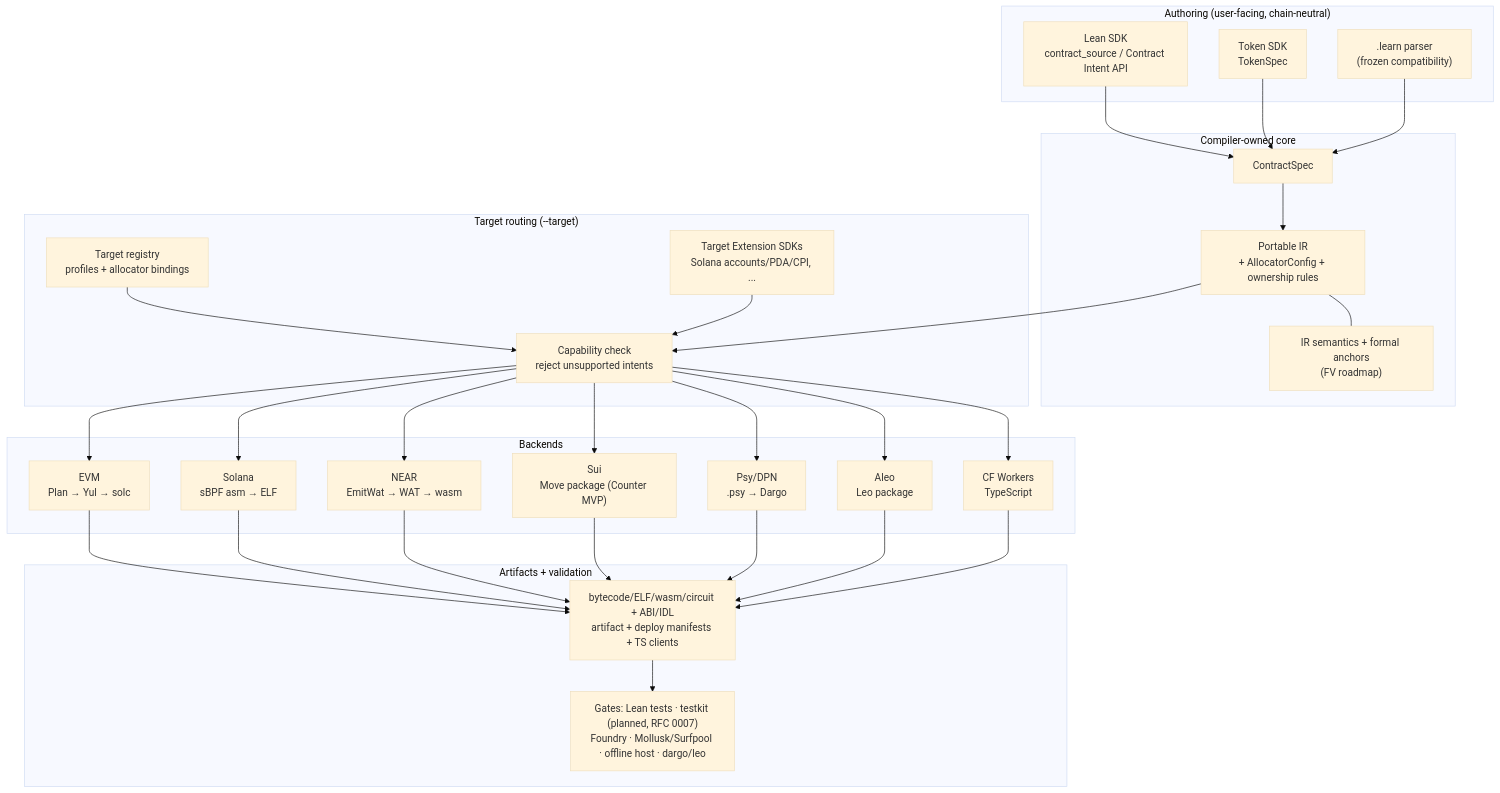
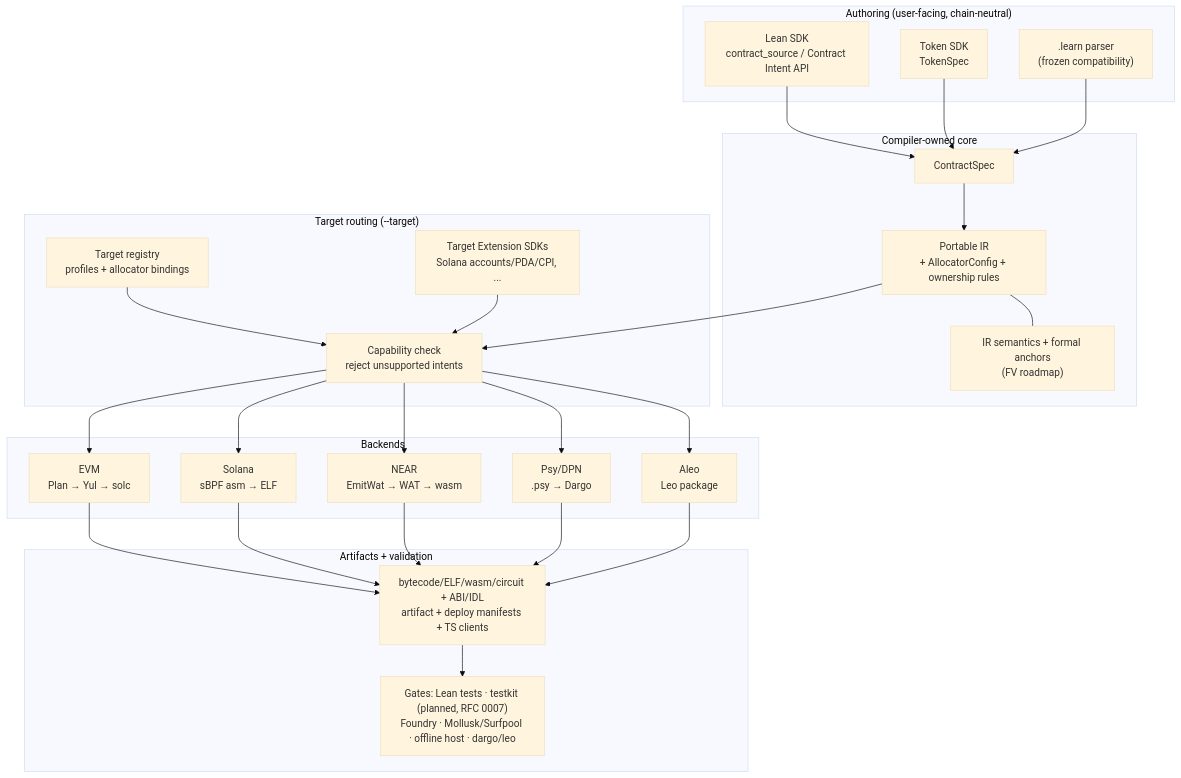
Before and after one commit to DaviRain-Su/proof_forge: the diagram in README.md, drawn with Mermaid (base theme). The commit also changed other lines of this file and 92 other files, not shown here.

````diff
--- a/README.md
+++ b/README.md
@@ -137,47 +130,45 @@
 ```mermaid
 flowchart TB
   subgraph authoring ["Authoring (user-facing, chain-neutral)"]
     SDK["Lean SDK<br/>contract_source / Contract Intent API"]
     TOK["Token SDK<br/>TokenSpec"]
     LEARN[".learn parser<br/>(frozen compatibility)"]
   end
 
   subgraph core ["Compiler-owned core"]
     SPEC["ContractSpec"]
     IR["Portable IR<br/>+ AllocatorConfig + ownership rules"]
     SEM["IR semantics + formal anchors<br/>(FV roadmap)"]
   end
 
   subgraph routing ["Target routing (--target)"]
     REG["Target registry<br/>profiles + allocator bindings"]
     CAP["Capability check<br/>reject unsupported intents"]
     EXT["Target Extension SDKs<br/>Solana accounts/PDA/CPI, ..."]
   end
 
   subgraph backends ["Backends"]
     EVM["EVM<br/>Plan → Yul → solc"]
     SOL["Solana<br/>sBPF asm → ELF"]
     NEAR["NEAR<br/>EmitWat → WAT → wasm"]
-    SUI["Sui<br/>Move package (Counter MVP)"]
     PSY["Psy/DPN<br/>.psy → Dargo"]
     ALEO["Aleo<br/>Leo package"]
-    CFW["CF Workers<br/>TypeScript"]
   end
 
   subgraph artifacts ["Artifacts + validation"]
     ART["bytecode/ELF/wasm/circuit + ABI/IDL<br/>artifact + deploy manifests + TS clients"]
     GATES["Gates: Lean tests · testkit (planned, RFC 0007)<br/>Foundry · Mollusk/Surfpool · offline host · dargo/leo"]
   end
 
   SDK --> SPEC
   TOK --> SPEC
   LEARN --> SPEC
   SPEC --> IR
   IR --- SEM
   IR --> CAP
   REG --> CAP
   EXT --> CAP
-  CAP --> EVM & SOL & NEAR & SUI & PSY & ALEO & CFW
-  EVM & SOL & NEAR & SUI & PSY & ALEO & CFW --> ART
+  CAP --> EVM & SOL & NEAR & PSY & ALEO
+  EVM & SOL & NEAR & PSY & ALEO --> ART
   ART --> GATES
 ```
````
